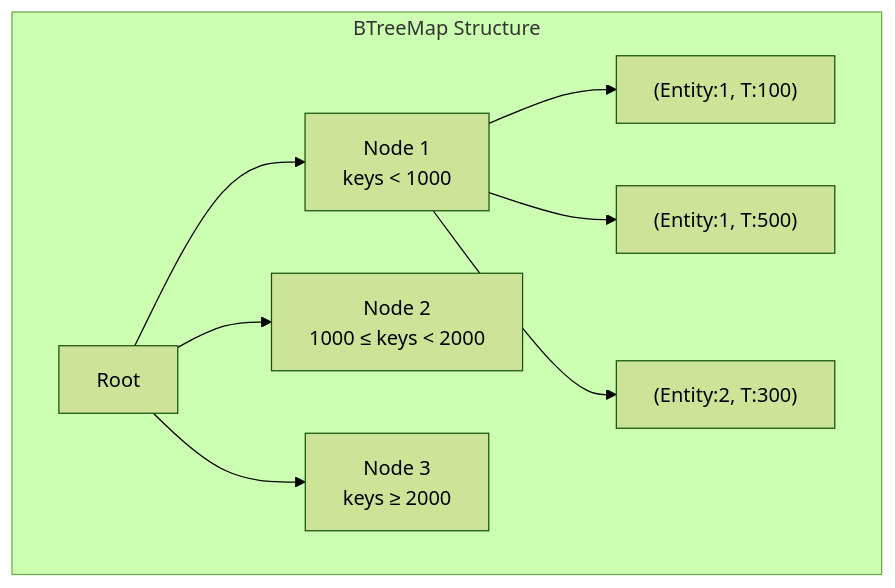
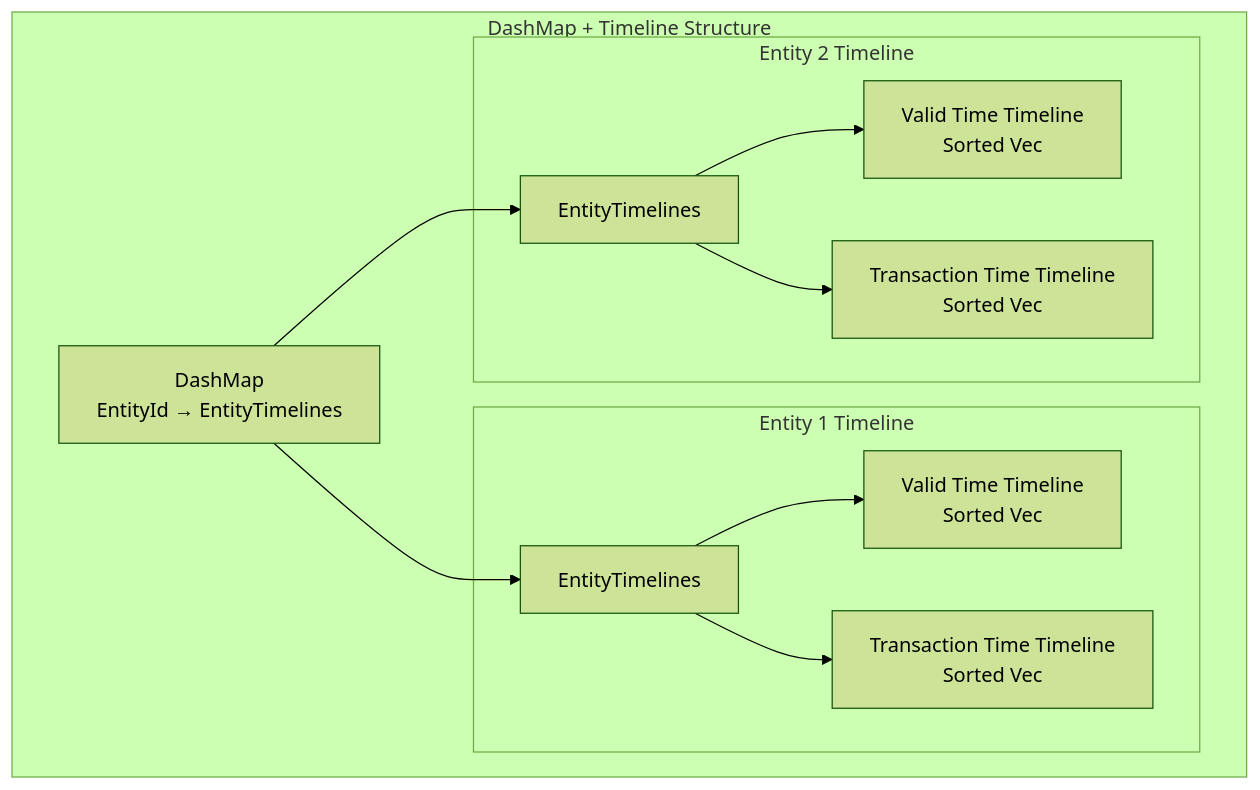
One commit to autumn-foundation/AletheiaDB changed diagram 11 of 20 in docs/architecture/index-layer.md. Above: the diagram before and after it, drawn with Mermaid (forest theme). The commit also changed other lines of this file and 2 other files, not shown here.

First line of the commit message:
docs: Update architecture documentation for temporal index breaking changes

````diff
--- a/docs/architecture/index-layer.md
+++ b/docs/architecture/index-layer.md
@@ -283,21 +291,25 @@
 ```mermaid
 graph TB
-    subgraph "BTreeMap Structure"
-        ROOT["Root"]
-        N1["Node 1<br/>keys < 1000"]
-        N2["Node 2<br/>1000 ≤ keys < 2000"]
-        N3["Node 3<br/>keys ≥ 2000"]
+    subgraph "DashMap + Timeline Structure"
+        DM["DashMap<br/>EntityId → EntityTimelines"]
 
-        ROOT --> N1
-        ROOT --> N2
-        ROOT --> N3
+        subgraph "Entity 1 Timeline"
+            ET1["EntityTimelines"]
+            VT1["Valid Time Timeline<br/>Sorted Vec<TimelineEntry>"]
+            TT1["Transaction Time Timeline<br/>Sorted Vec<TimelineEntry>"]
+            ET1 --> VT1
+            ET1 --> TT1
+        end
 
-        L1["(Entity:1, T:100)"]
-        L2["(Entity:1, T:500)"]
-        L3["(Entity:2, T:300)"]
+        subgraph "Entity 2 Timeline"
+            ET2["EntityTimelines"]
+            VT2["Valid Time Timeline<br/>Sorted Vec<TimelineEntry>"]
+            TT2["Transaction Time Timeline<br/>Sorted Vec<TimelineEntry>"]
+            ET2 --> VT2
+            ET2 --> TT2
+        end
 
-        N1 --> L1
-        N1 --> L2
-        N1 --> L3
+        DM --> ET1
+        DM --> ET2
     end
 ```
````
